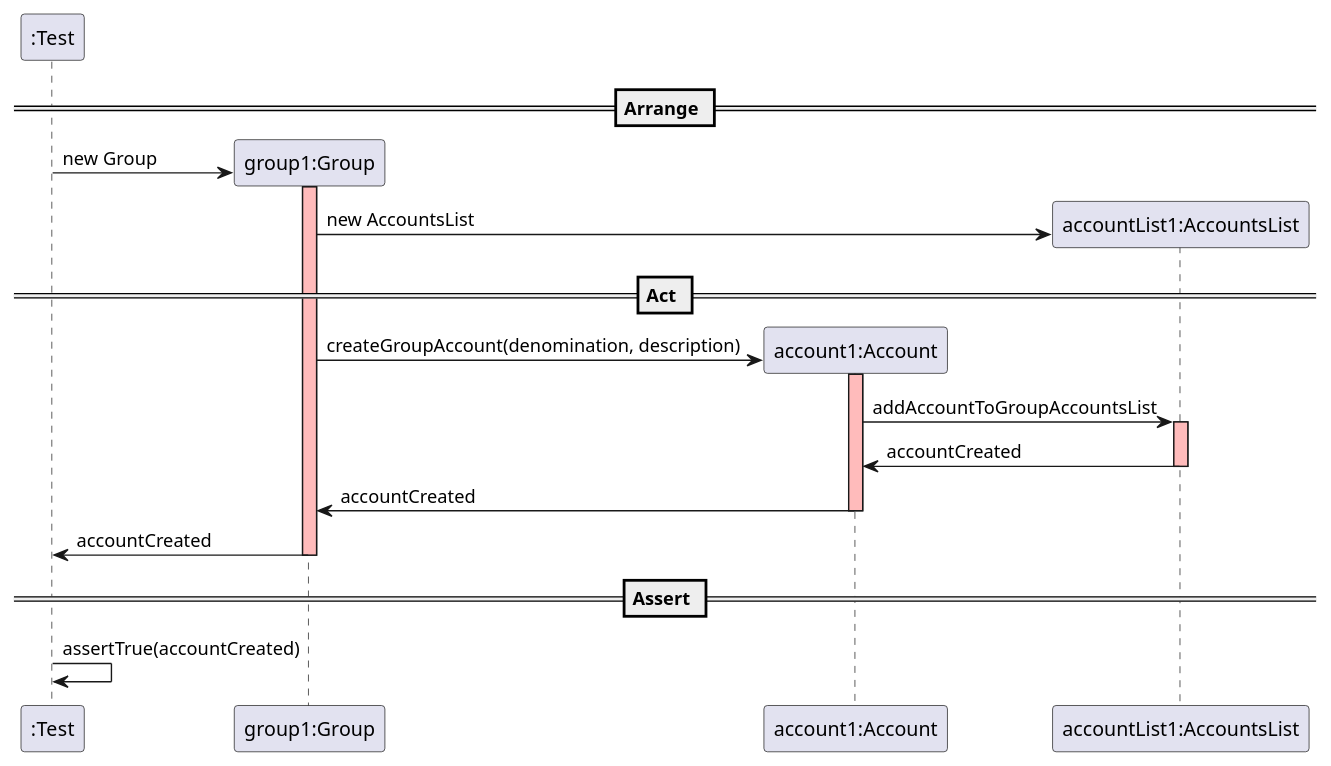
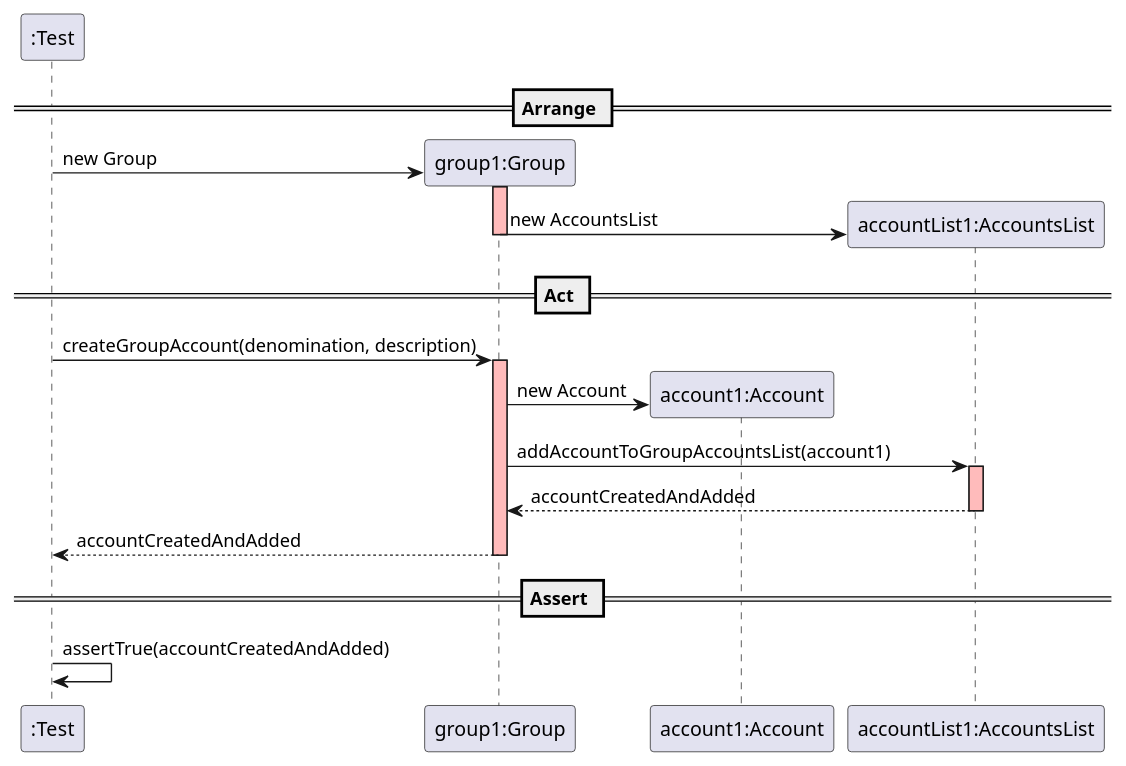
The diagram in docs/SequenceDiagram - UserStory7.puml (mleitaoribeiro/DevOpsMaven), drawn with PlantUML before and after one commit.

Commit message:
ref #230

```diff
--- a/docs/SequenceDiagram - UserStory7.puml
+++ b/docs/SequenceDiagram - UserStory7.puml
@@ -1,37 +1,37 @@
 @startuml
 
 create ":Test"
 
 == Arrange ==
 
 create "group1:Group"
 ":Test" -> "group1:Group" : new Group
 activate "group1:Group" #FFBBBB
 
 create "account1:Account"
 create "accountList1:AccountsList"
 "group1:Group" -> "accountList1:AccountsList" : new AccountsList
+deactivate "group1:Group" #FFBBBB
 
 == Act ==
 
+":Test" -> "group1:Group" : createGroupAccount(denomination, description)
+activate "group1:Group" #FFBBBB
+
 create "account1:Account"
-"group1:Group" -> "account1:Account" : createGroupAccount(denomination, description)
-activate "account1:Account" #FFBBBB
+"group1:Group" -> "account1:Account" : new Account
 
-"account1:Account" -> "accountList1:AccountsList" : addAccountToGroupAccountsList
+"group1:Group" -> "accountList1:AccountsList" : addAccountToGroupAccountsList(account1)
 activate "accountList1:AccountsList" #FFBBBB
 
-"accountList1:AccountsList" -> "account1:Account" : accountCreated
+"accountList1:AccountsList" --> "group1:Group" : accountCreatedAndAdded
 deactivate "accountList1:AccountsList" #FFBBBB
 
-"account1:Account" -> "group1:Group" : accountCreated
-deactivate "account1:Account" #FFBBBB
-
-"group1:Group" -> ":Test" : accountCreated
+"group1:Group" --> ":Test" : accountCreatedAndAdded
 deactivate "group1:Group" #FFBBBB
 
 == Assert ==
 
-":Test" -> ":Test" : assertTrue(accountCreated)
+":Test" -> ":Test" : assertTrue(accountCreatedAndAdded)
 
 @enduml
```
